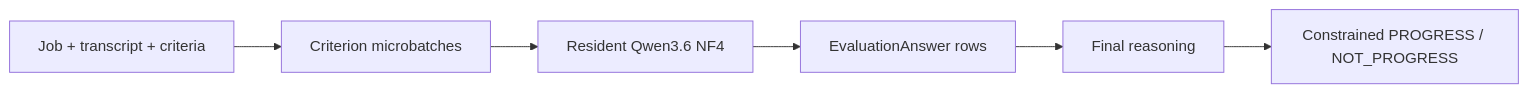
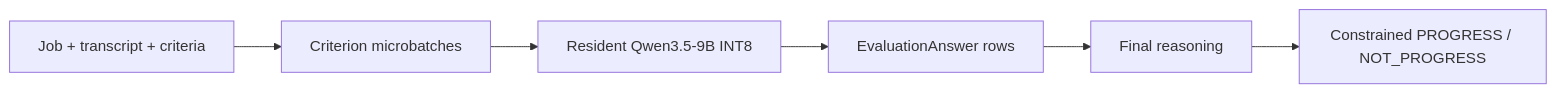
Before and after one commit to jaredturck/AI-interview: the fifth of 5 diagrams in docs/ARCHITECTURE.md, drawn with Mermaid. The commit also changed other lines of this file and 16 other files, not shown here.

````diff
--- a/docs/ARCHITECTURE.md
+++ b/docs/ARCHITECTURE.md
@@ -71,8 +71,8 @@
 ```mermaid
 flowchart LR
     Input[Job + transcript + criteria] --> Batch[Criterion microbatches]
-    Batch --> Qwen[Resident Qwen3.6 NF4]
+    Batch --> Qwen[Resident Qwen3.5-9B INT8]
     Qwen --> Answers[EvaluationAnswer rows]
     Answers --> Reason[Final reasoning]
     Reason --> Choice[Constrained PROGRESS / NOT_PROGRESS]
 ```
````
